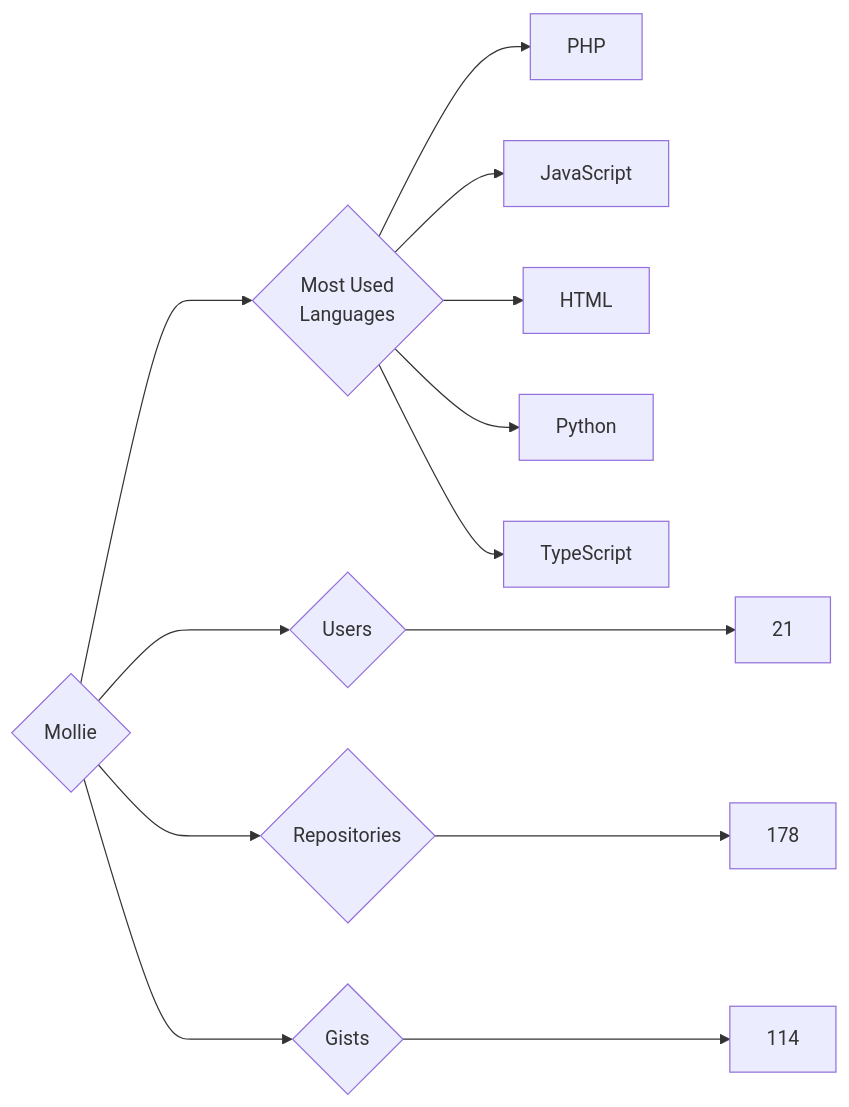
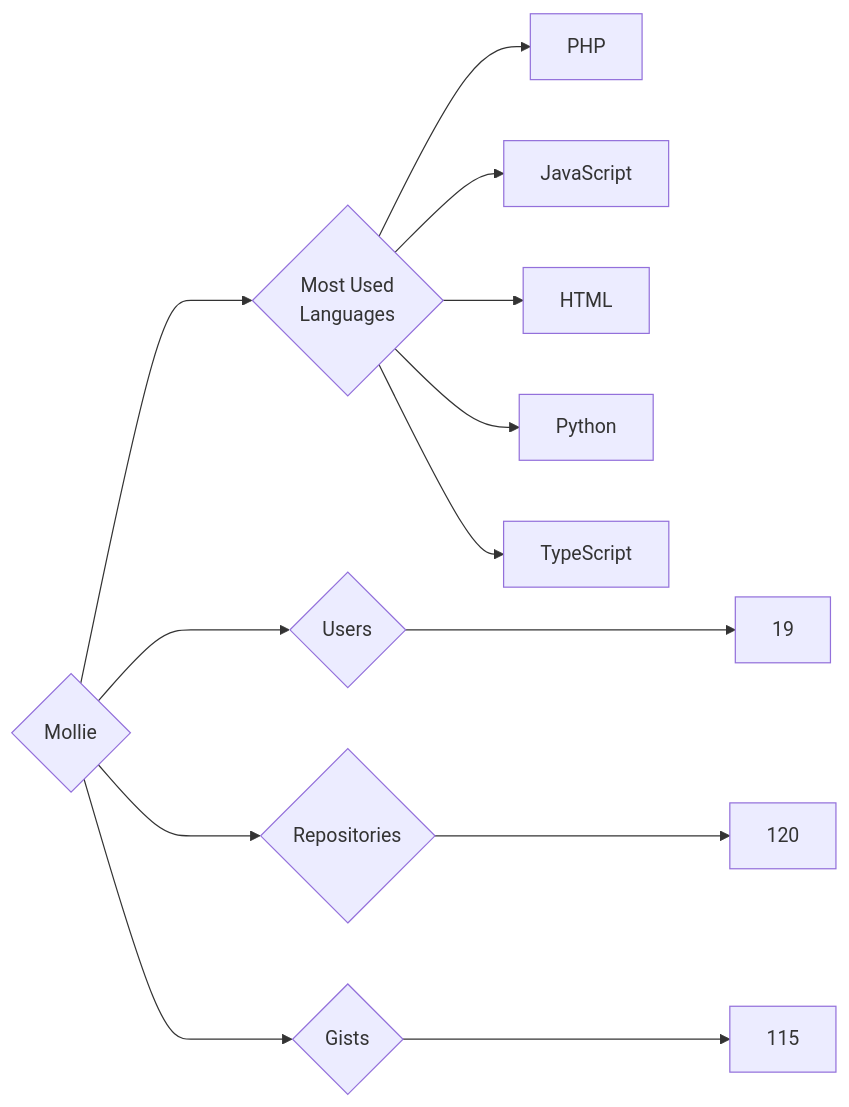
Before and after one commit to trickest/insiders: the diagram in targets/Mollie/README.md, drawn with Mermaid. The commit also changed 695 other files, not shown here.

````diff
--- a/targets/Mollie/README.md
+++ b/targets/Mollie/README.md
@@ -3,13 +3,13 @@
 ```mermaid
 graph LR
 COMPANY_NAME{Mollie}
-COMPANY_NAME ---> U{Users} ---> UN[21]
-COMPANY_NAME ---> R{Repositories} ---> RN[178]
-COMPANY_NAME ---> G{Gists} ---> GN[114]
+COMPANY_NAME ---> U{Users} ---> UN[19]
+COMPANY_NAME ---> R{Repositories} ---> RN[120]
+COMPANY_NAME ---> G{Gists} ---> GN[115]
 COMPANY_NAME ---> ML{Most Used<br>Languages}
 ML --> PHP[PHP]
 ML --> JavaScript[JavaScript]
 ML --> HTML[HTML]
 ML --> Python[Python]
 ML --> TypeScript[TypeScript]
 ```
````
